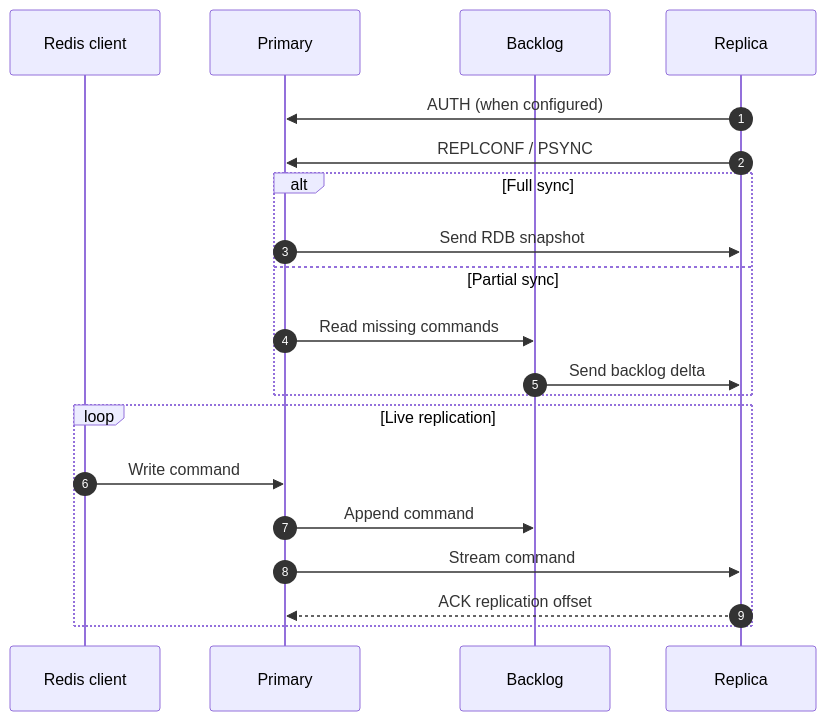
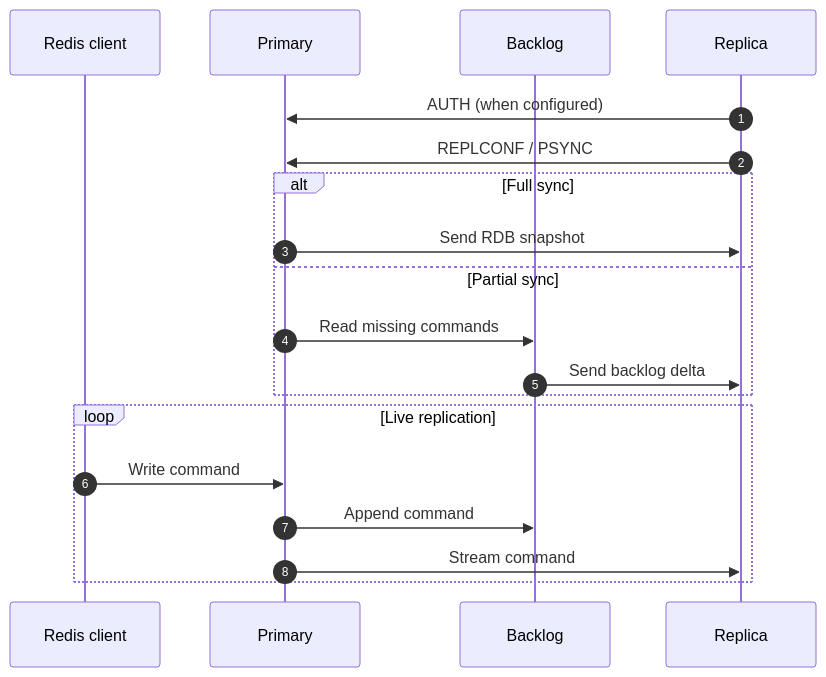
The diagram in README.md (nolannguyen1212/memkv), drawn with Mermaid before and after one commit.

Commit message:
docs: update replication flow

````diff
--- a/README.md
+++ b/README.md
@@ -115,23 +115,22 @@
 ```mermaid
 sequenceDiagram
     autonumber
     participant C as Redis client
     participant P as Primary
     participant B as Backlog
     participant R as Replica
 
     R->>P: AUTH (when configured)
     R->>P: REPLCONF / PSYNC
     alt Full sync
         P->>R: Send RDB snapshot
     else Partial sync
         P->>B: Read missing commands
         B->>R: Send backlog delta
     end
     loop Live replication
         C->>P: Write command
         P->>B: Append command
         P->>R: Stream command
-        R-->>P: ACK replication offset
     end
 ```
````
